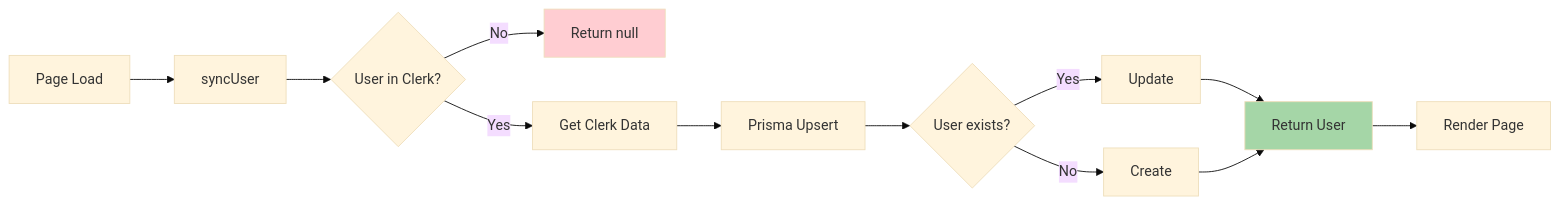
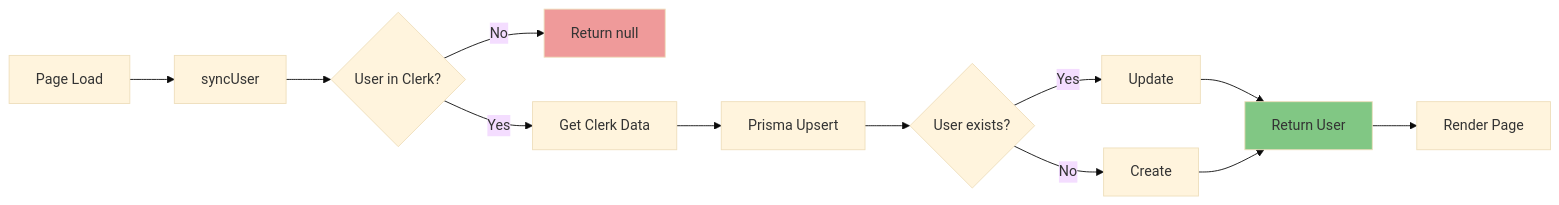
The ninth of 39 diagrams in 02-DIAGRAMMES_ARCHITECTURES.md (inskillflow/auths-1-NEXTJS-introduction), drawn with Mermaid (base theme) before and after one commit. The commit also changed other lines of this file, not shown here.

````diff
--- a/02-DIAGRAMMES_ARCHITECTURES.md
+++ b/02-DIAGRAMMES_ARCHITECTURES.md
@@ -282,17 +282,17 @@
 ```mermaid
 graph LR
     A[Page Load] --> B[syncUser]
     B --> C{User in Clerk?}
     C -->|No| D[Return null]
     C -->|Yes| E[Get Clerk Data]
     E --> F[Prisma Upsert]
     F --> G{User exists?}
     G -->|Yes| H[Update]
     G -->|No| I[Create]
     H --> J[Return User]
     I --> J
     J --> K[Render Page]
     
-    style D fill:#ffcdd2
-    style J fill:#a5d6a7
+    style D fill:#ef9a9a
+    style J fill:#81c784
 ```
````
